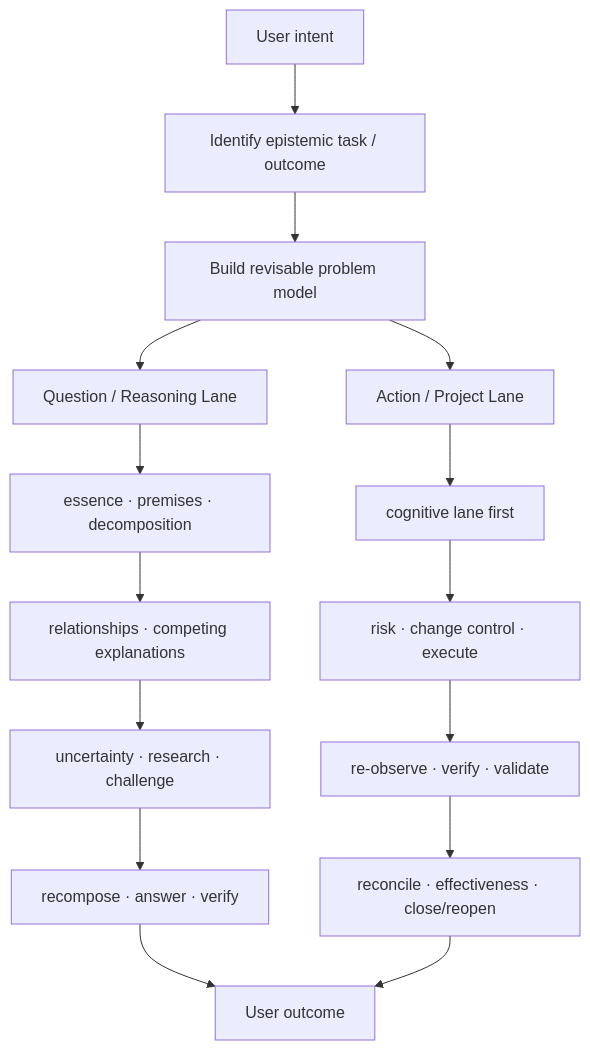
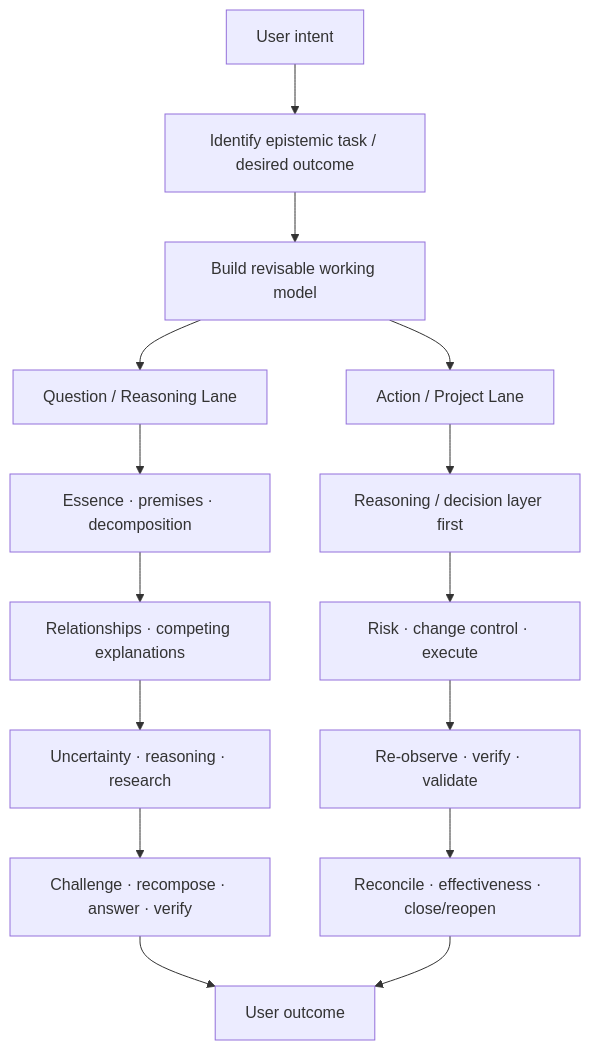
One commit to zy839971925-zyy/Agent--deep-research-Workflow-Skills changed the first of 3 diagrams in README.md. Above: the diagram before and after it, drawn with Mermaid. The commit also changed other lines of this file, not shown here.

````diff
--- a/README.md
+++ b/README.md
@@ -23,20 +159,21 @@
 ```mermaid
 flowchart TD
-    U[User intent] --> E[Identify epistemic task / outcome]
-    E --> M[Build revisable problem model]
+    U[User intent] --> E[Identify epistemic task / desired outcome]
+    E --> M[Build revisable working model]
+
     M --> Q[Question / Reasoning Lane]
     M --> A[Action / Project Lane]
 
-    Q --> Q1[essence · premises · decomposition]
-    Q1 --> Q2[relationships · competing explanations]
-    Q2 --> Q3[uncertainty · research · challenge]
-    Q3 --> Q4[recompose · answer · verify]
+    Q --> Q1[Essence · premises · decomposition]
+    Q1 --> Q2[Relationships · competing explanations]
+    Q2 --> Q3[Uncertainty · reasoning · research]
+    Q3 --> Q4[Challenge · recompose · answer · verify]
 
-    A --> A1[cognitive lane first]
-    A1 --> A2[risk · change control · execute]
-    A2 --> A3[re-observe · verify · validate]
-    A3 --> A4[reconcile · effectiveness · close/reopen]
+    A --> A1[Reasoning / decision layer first]
+    A1 --> A2[Risk · change control · execute]
+    A2 --> A3[Re-observe · verify · validate]
+    A3 --> A4[Reconcile · effectiveness · close/reopen]
 
     Q4 --> O[User outcome]
     A4 --> O
 ```
````
